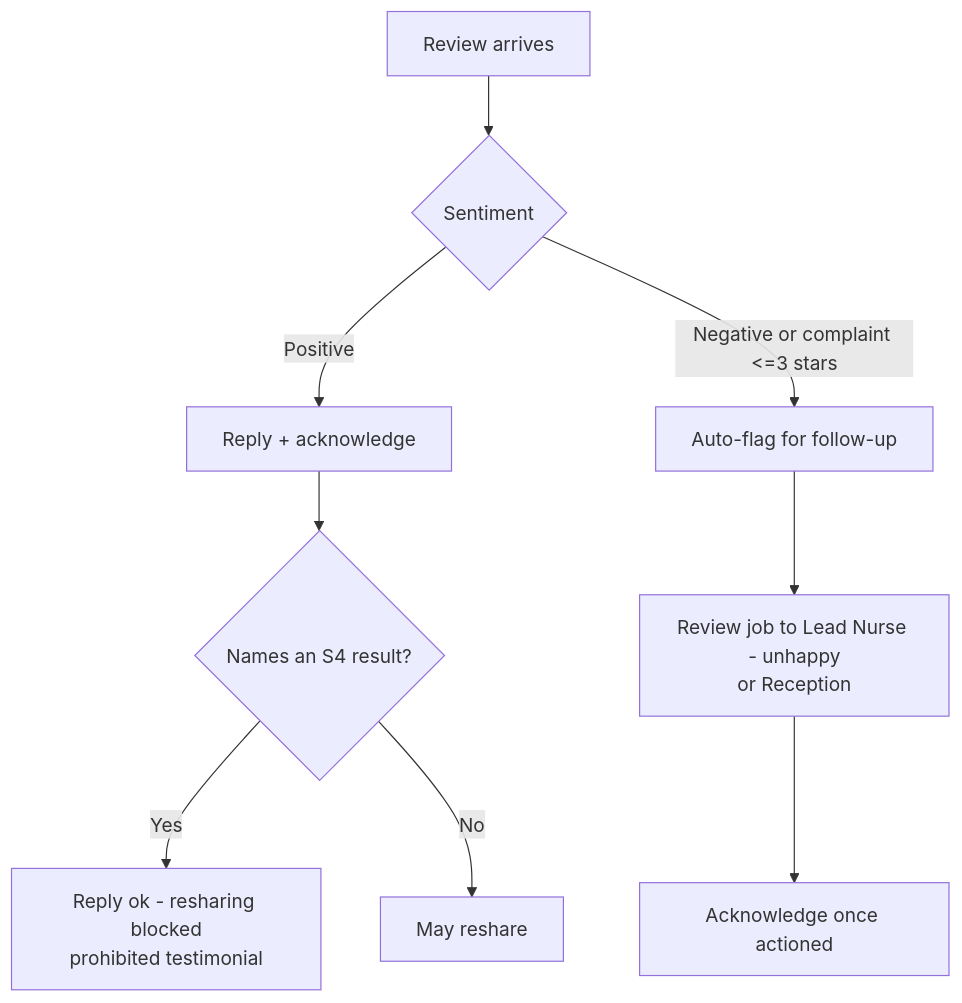
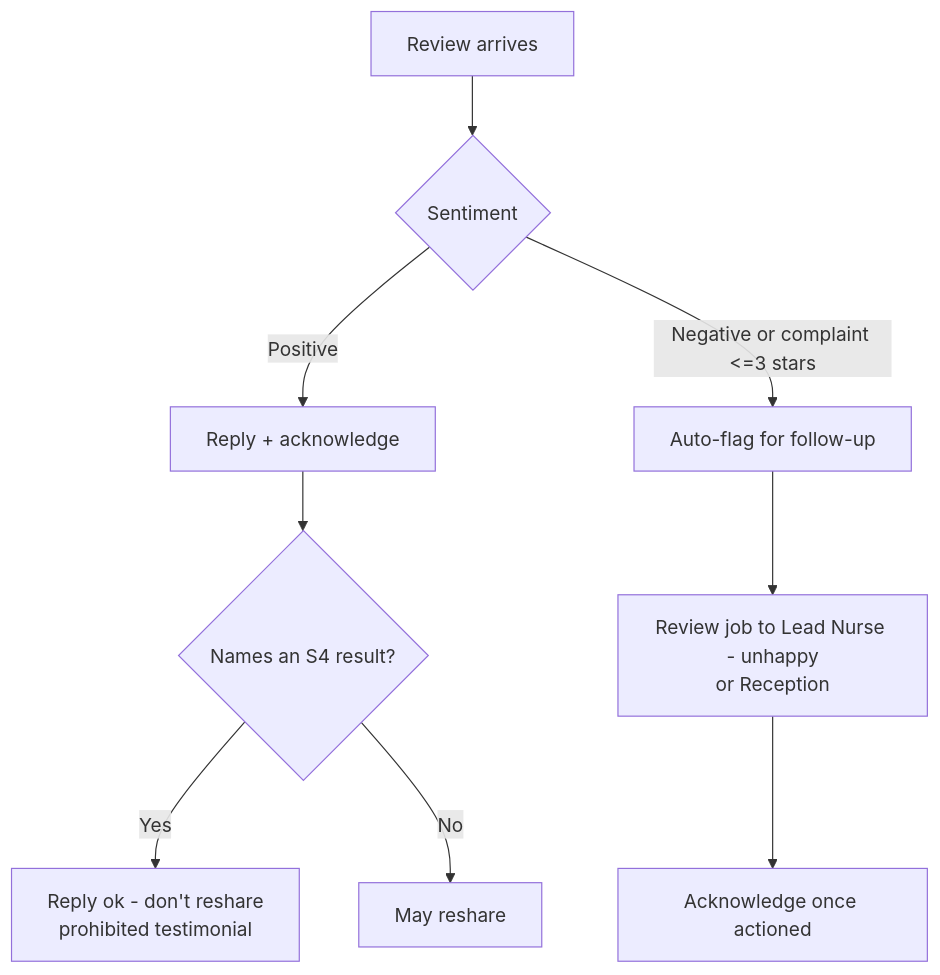
One commit to danpowell88/tlapoc changed the second of 4 diagrams in docs/overviews/08-growth-communications.md. Above: the diagram before and after it, drawn with Mermaid. The commit also changed other lines of this file and 11 other files, not shown here.

````diff
--- a/docs/overviews/08-growth-communications.md
+++ b/docs/overviews/08-growth-communications.md
@@ -41,11 +40,11 @@
 ```mermaid
 flowchart TD
   A[Review arrives] --> B{Sentiment}
   B -->|Positive| C[Reply + acknowledge]
   C --> D{Names an S4 result?}
-  D -->|Yes| E[Reply ok - resharing blocked<br/>prohibited testimonial]
+  D -->|Yes| E[Reply ok - don't reshare<br/>prohibited testimonial]
   D -->|No| F[May reshare]
   B -->|Negative or complaint <=3 stars| G[Auto-flag for follow-up]
   G --> H[Review job to Lead Nurse - unhappy<br/>or Reception]
   H --> I[Acknowledge once actioned]
 ```
````
